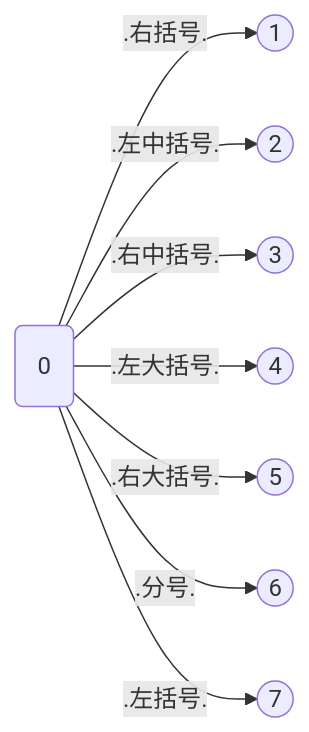
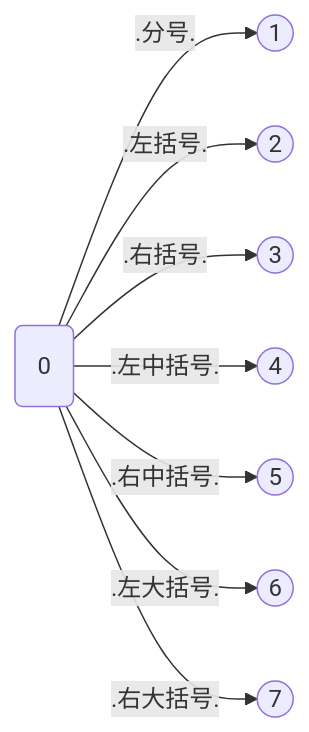
The diagram in doc/gen/LexicalInformation/stateMachine/J 状态机.md (Lxy417165709/translater), drawn with Mermaid before and after one commit. The commit also changed 24 other files, not shown here.

````diff
--- a/doc/gen/LexicalInformation/stateMachine/J 状态机.md
+++ b/doc/gen/LexicalInformation/stateMachine/J 状态机.md
@@ -1,10 +1,10 @@
 ```mermaid
 graph LR
-id:0(0) -- .右括号. --> id:1((1))
-id:0(0) -- .左中括号. --> id:2((2))
-id:0(0) -- .右中括号. --> id:3((3))
-id:0(0) -- .左大括号. --> id:4((4))
-id:0(0) -- .右大括号. --> id:5((5))
-id:0(0) -- .分号. --> id:6((6))
-id:0(0) -- .左括号. --> id:7((7))
+id:0(0) -- .分号. --> id:1((1))
+id:0(0) -- .左括号. --> id:2((2))
+id:0(0) -- .右括号. --> id:3((3))
+id:0(0) -- .左中括号. --> id:4((4))
+id:0(0) -- .右中括号. --> id:5((5))
+id:0(0) -- .左大括号. --> id:6((6))
+id:0(0) -- .右大括号. --> id:7((7))
 ```
````
